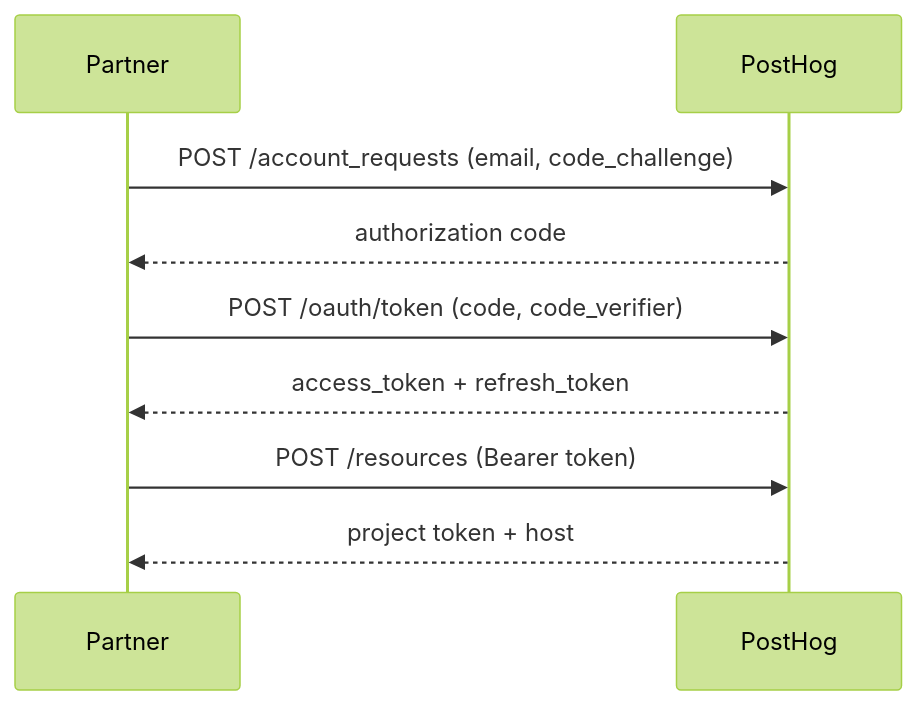
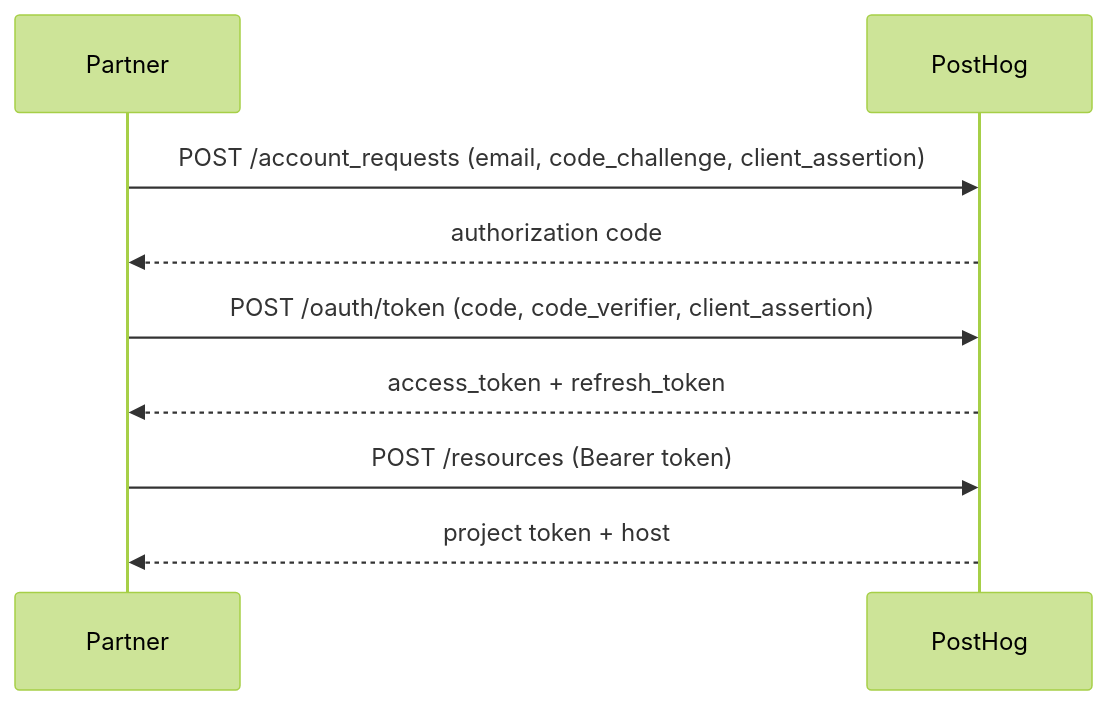
One commit to olorehq/olore changed the first of 3 diagrams in vault/packages/posthog/latest/contents/integrate/provisioning.mdx. Above: the diagram before and after it, drawn with Mermaid (forest theme). The commit also changed other lines of this file and 26351 other files, not shown here.

````diff
--- a/vault/packages/posthog/latest/contents/integrate/provisioning.mdx
+++ b/vault/packages/posthog/latest/contents/integrate/provisioning.mdx
@@ -25,14 +25,14 @@
 ```mermaid
 sequenceDiagram
     participant P as Partner
     participant PH as PostHog
 
-    P->>PH: POST /account_requests (email, code_challenge)
+    P->>PH: POST /account_requests (email, code_challenge, client_assertion)
     PH-->>P: authorization code
 
-    P->>PH: POST /oauth/token (code, code_verifier)
+    P->>PH: POST /oauth/token (code, code_verifier, client_assertion)
     PH-->>P: access_token + refresh_token
 
     P->>PH: POST /resources (Bearer token)
     PH-->>P: project token + host
 ```
````
